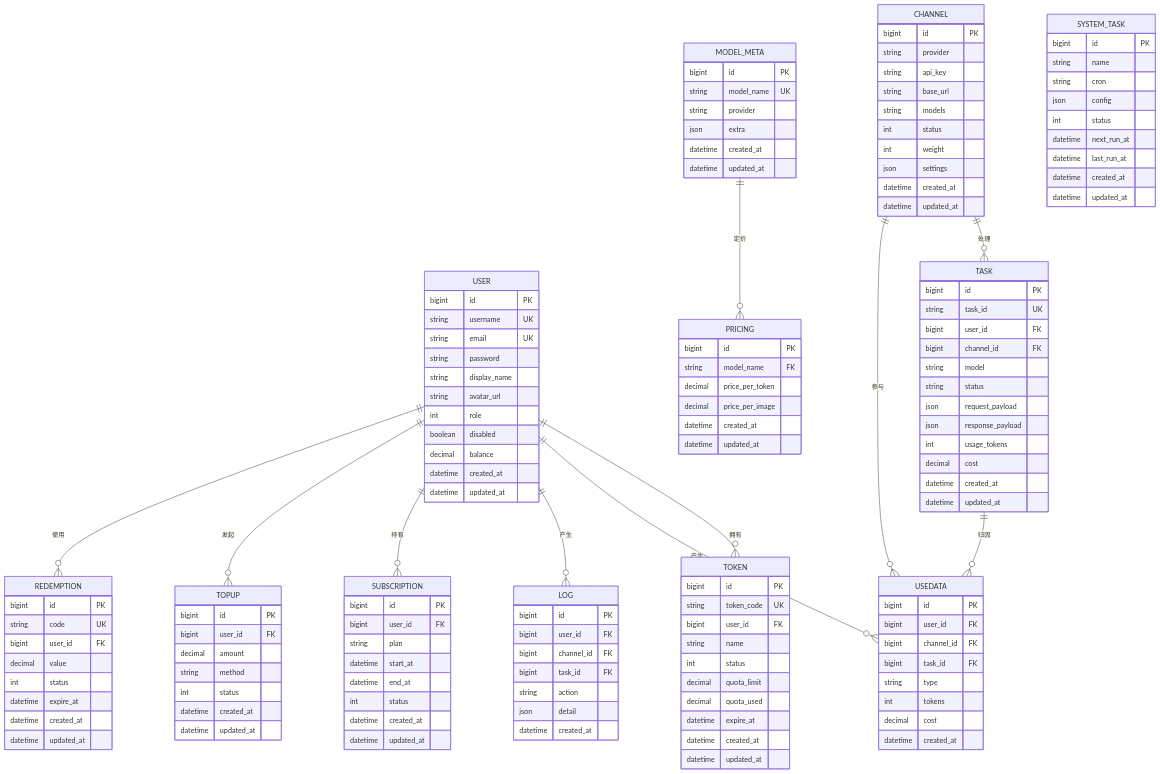
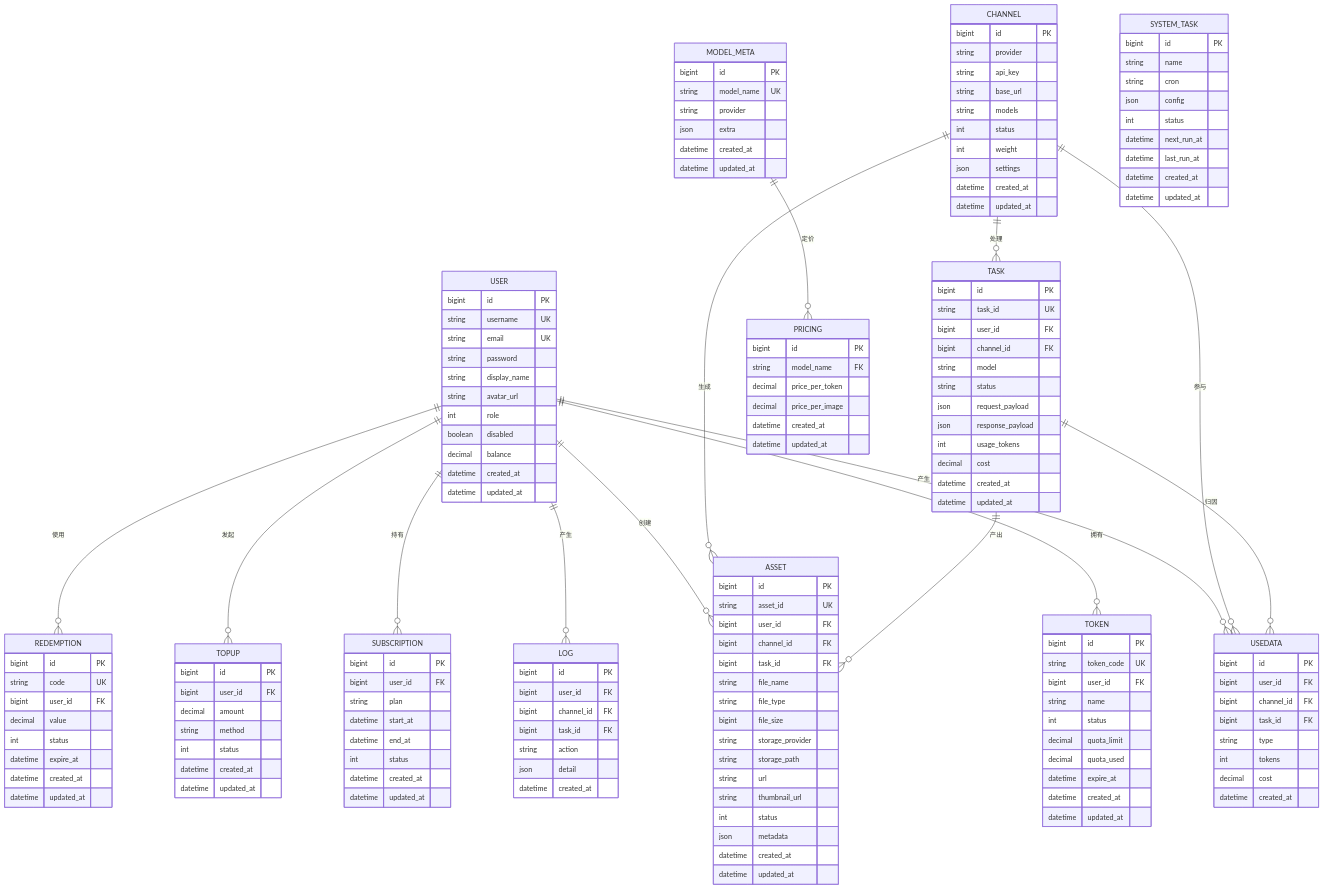
Before and after one commit to zhaodechao2008/new-api: the second of 14 diagrams in .qoder/repowiki/zh/content/数据模型/数据模型.md, drawn with Mermaid. The commit also changed other lines of this file and 274 other files, not shown here.

````diff
--- a/.qoder/repowiki/zh/content/数据模型/数据模型.md
+++ b/.qoder/repowiki/zh/content/数据模型/数据模型.md
@@ -263,14 +305,35 @@
 datetime created_at
 datetime updated_at
 }
+ASSET {
+bigint id PK
+string asset_id UK
+bigint user_id FK
+bigint channel_id FK
+bigint task_id FK
+string file_name
+string file_type
+bigint file_size
+string storage_provider
+string storage_path
+string url
+string thumbnail_url
+int status
+json metadata
+datetime created_at
+datetime updated_at
+}
 USER ||--o{ TOKEN : "拥有"
 USER ||--o{ USEDATA : "产生"
 USER ||--o{ LOG : "产生"
 USER ||--o{ SUBSCRIPTION : "持有"
 USER ||--o{ TOPUP : "发起"
 USER ||--o{ REDEMPTION : "使用"
+USER ||--o{ ASSET : "创建"
 CHANNEL ||--o{ TASK : "处理"
 CHANNEL ||--o{ USEDATA : "参与"
+CHANNEL ||--o{ ASSET : "生成"
 TASK ||--o{ USEDATA : "归因"
+TASK ||--o{ ASSET : "产出"
 MODEL_META ||--o{ PRICING : "定价"
 ```
````
